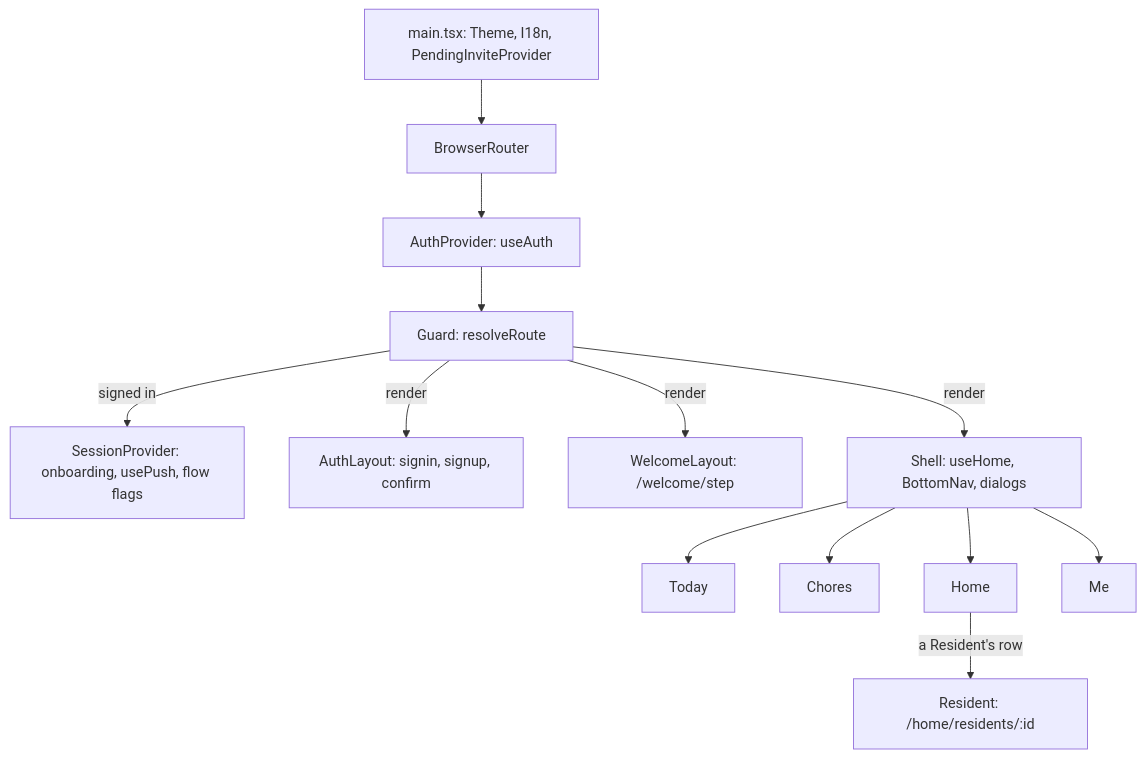
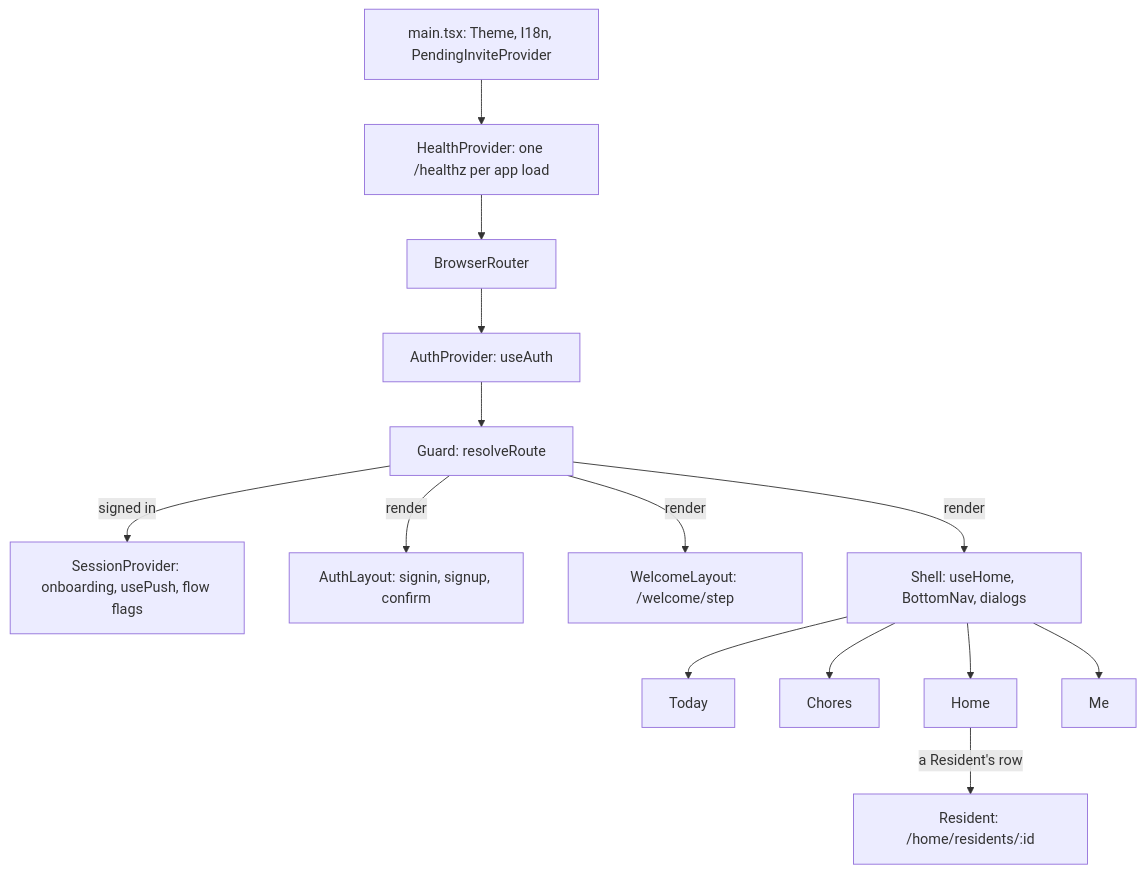
One commit to AbnerWillclefy/Homeowner changed the fourth of 11 diagrams in docs/architecture/web.md. Above: the diagram before and after it, drawn with Mermaid. The commit also changed other lines of this file, not shown here.

Commit message:
docs(health): describe the single health provider

````diff
--- a/docs/architecture/web.md
+++ b/docs/architecture/web.md
@@ -290,15 +290,16 @@
 ```mermaid
 flowchart TD
-    MAIN[main.tsx: Theme, I18n, PendingInviteProvider] --> BR[BrowserRouter]
+    MAIN[main.tsx: Theme, I18n, PendingInviteProvider] --> HP["HealthProvider: one /healthz per app load"]
+    HP --> BR[BrowserRouter]
     BR --> AUTH[AuthProvider: useAuth]
     AUTH --> GUARD[Guard: resolveRoute]
     GUARD -->|signed in| SES[SessionProvider: onboarding, usePush, flow flags]
     GUARD -->|render| AL[AuthLayout: signin, signup, confirm]
     GUARD -->|render| WL[WelcomeLayout: /welcome/step]
     GUARD -->|render| SH[Shell: useHome, BottomNav, dialogs]
     SH --> T[Today]
     SH --> C[Chores]
     SH --> H[Home]
     H -->|a Resident's row| R[Resident: /home/residents/:id]
     SH --> M[Me]
 ```
````
